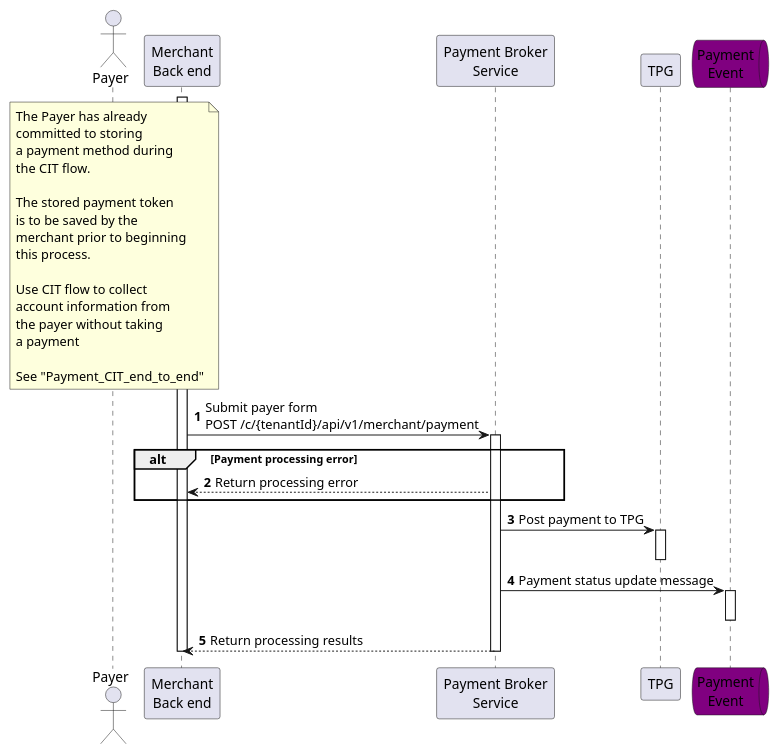
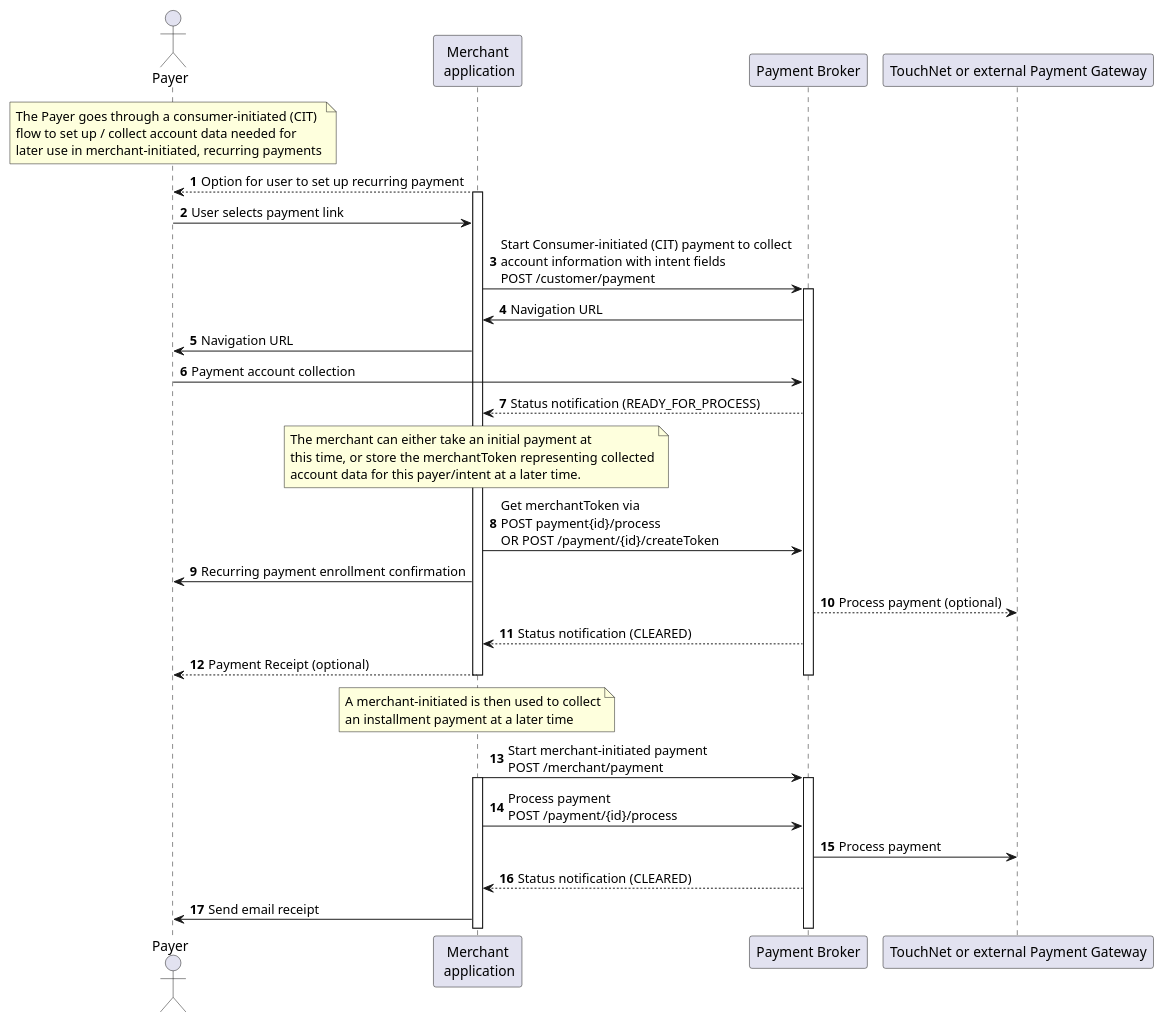
One commit to touchnetglobalpayments/broker-web-sdk changed the diagram in docs/Payment_MIT_client_view.puml. Above: the diagram before and after it, drawn with PlantUML. The commit also changed other lines of this file and 2 other files, not shown here.

Commit message:
PMTB-3582 - Update MIT high-level flow diagram

```diff
--- a/docs/Payment_MIT_client_view.puml
+++ b/docs/Payment_MIT_client_view.puml
@@ -5,54 +1,53 @@
 @startuml
 autonumber
 
 ' Declare the players on the screen
 actor "Payer" as PAYER
-participant "Merchant\nBack end" as  MBE
-participant "Payment Broker\nService" as PBS
-participant "TPG" as TPG
-
-' Messaging queues
-queue "Payment\nEvent"  as MQPE #purple
+participant "Merchant\n application" as  MBE
+participant "Payment Broker" as PB
+participant "TouchNet or external Payment Gateway" as TPG
 
 ' Start the diagram
 note over PAYER
-  The Payer has already
-  committed to storing
-  a payment method during
-  the CIT flow.
+  The Payer goes through a consumer-initiated (CIT) 
+  flow to set up / collect account data needed for  
+  later use in merchant-initiated, recurring payments
+end note
 
-  The stored payment token
-  is to be saved by the
-  merchant prior to beginning
-  this process.
+MBE --> PAYER: Option for user to set up recurring payment
+activate MBE
+PAYER -> MBE: User selects payment link
+MBE -> PB: Start Consumer-initiated (CIT) payment to collect\naccount information with intent fields\nPOST /customer/payment
+activate PB
+PB -> MBE: Navigation URL
+MBE -> PAYER: Navigation URL
 
-  Use CIT flow to collect
-  account information from
-  the payer without taking
-  a payment
+PAYER -> PB: Payment account collection
+PB --> MBE: Status notification (READY_FOR_PROCESS)
+note over MBE
+  The merchant can either take an initial payment at
+  this time, or store the merchantToken representing collected
+  account data for this payer/intent at a later time.
+end note
+MBE->PB: Get merchantToken via\nPOST payment{id}/process\nOR POST /payment/{id}/createToken
+MBE->PAYER: Recurring payment enrollment confirmation
+PB --> TPG: Process payment (optional)
+PB-->MBE: Status notification (CLEARED)
+MBE --> PAYER: Payment Receipt (optional)
+deactivate MBE
+deactivate PB
 
-  See "Payment_CIT_end_to_end"
+note over MBE
+  A merchant-initiated is then used to collect
+  an installment payment at a later time
 end note
+
+MBE->PB: Start merchant-initiated payment\nPOST /merchant/payment
 activate MBE
-MBE -> PBS: Submit payer form\nPOST /c/{tenantId}/api/v1/merchant/payment
-activate PBS
+activate PB
+MBE->PB: Process payment\nPOST /payment/{id}/process
+PB->TPG: Process payment
+PB-->MBE:Status notification (CLEARED)
+MBE->PAYER: Send email receipt
 
-
-alt Payment processing error
-  PBS --> MBE: Return processing error
-end
-
-' Post payment to TPG
-PBS -> TPG: Post payment to TPG
-activate TPG
-deactivate TPG
-
-' Broadcast payment status message
-PBS -> MQPE: Payment status update message
-activate MQPE
-deactivate MQPE
-
-PBS --> MBE: Return processing results
-deactivate MBE
-deactivate PBS
 @enduml
```
